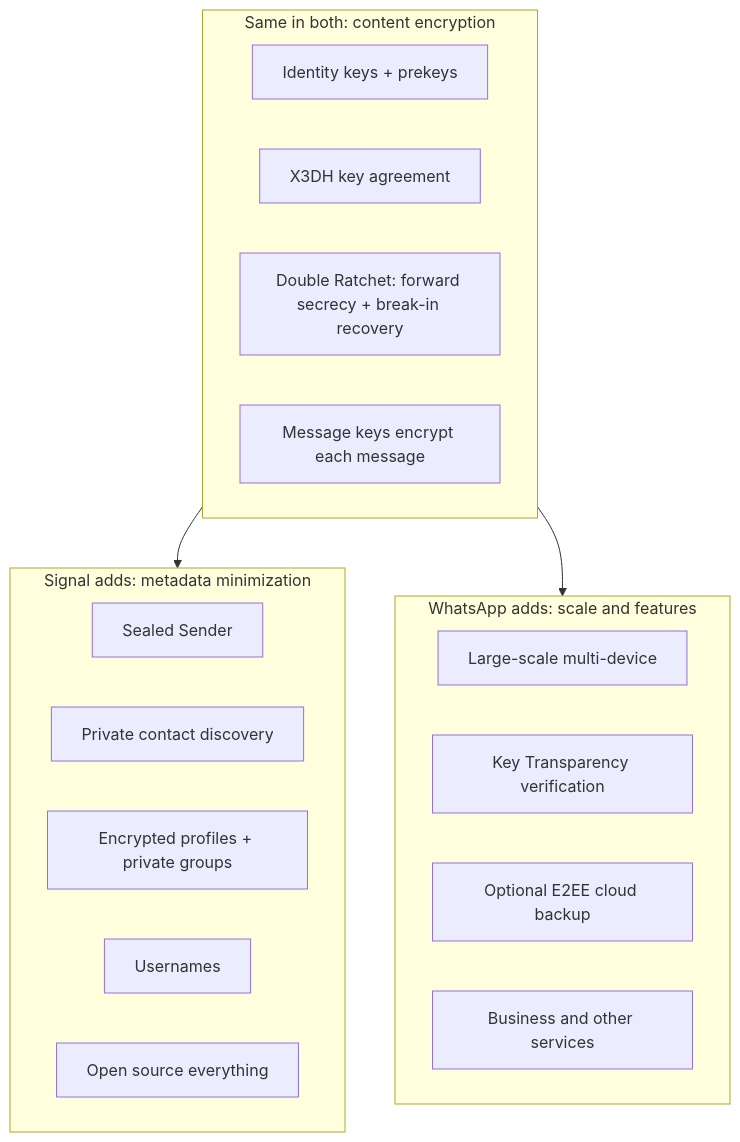
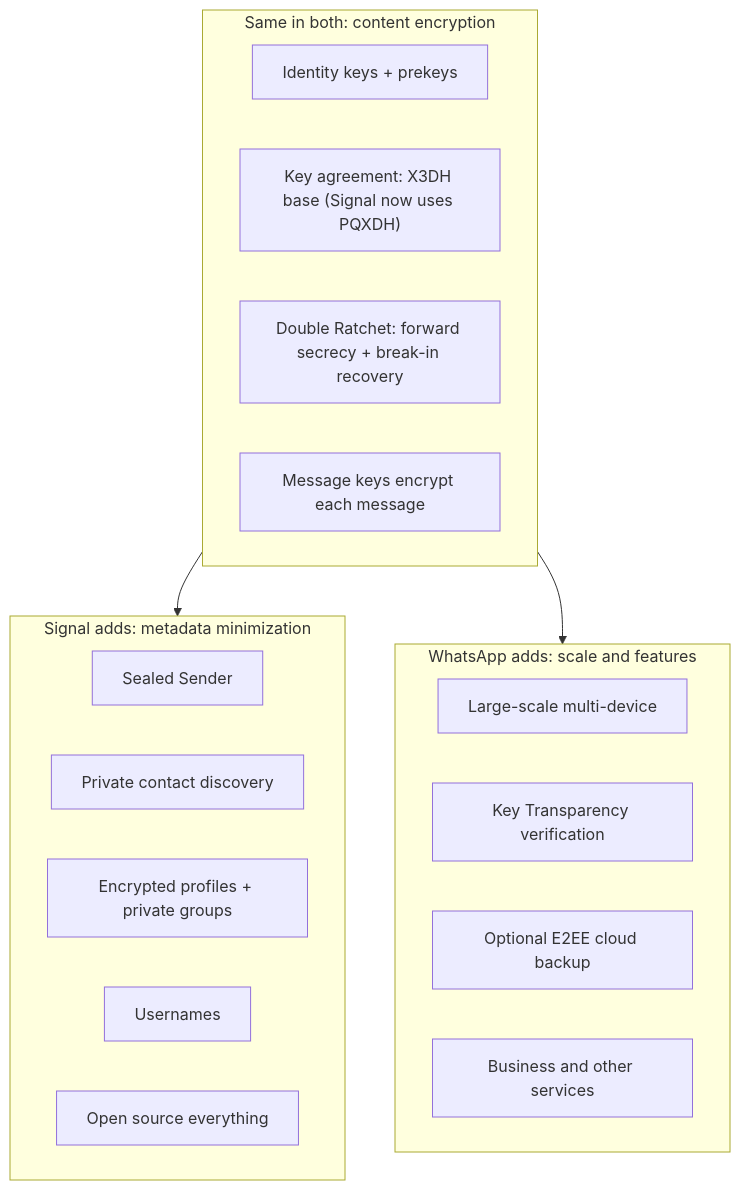
Diagram 23 of 24 in Signal_E2EE.md (GAURAVSri123/Data-Security-Privacy), drawn with Mermaid before and after one commit. The commit also changed other lines of this file, not shown here.

````diff
--- a/Signal_E2EE.md
+++ b/Signal_E2EE.md
@@ -637,24 +706,24 @@
 ```mermaid
 flowchart TB
     subgraph SAME["Same in both: content encryption"]
         K1["Identity keys + prekeys"]
-        K2["X3DH key agreement"]
+        K2["Key agreement: X3DH base (Signal now uses PQXDH)"]
         K3["Double Ratchet: forward secrecy + break-in recovery"]
         K4["Message keys encrypt each message"]
     end
     subgraph SIGD["Signal adds: metadata minimization"]
         D1["Sealed Sender"]
         D2["Private contact discovery"]
         D3["Encrypted profiles + private groups"]
         D4["Usernames"]
         D5["Open source everything"]
     end
     subgraph WAD["WhatsApp adds: scale and features"]
         E1["Large-scale multi-device"]
         E2["Key Transparency verification"]
         E3["Optional E2EE cloud backup"]
         E4["Business and other services"]
     end
     SAME --> SIGD
     SAME --> WAD
 ```
````
